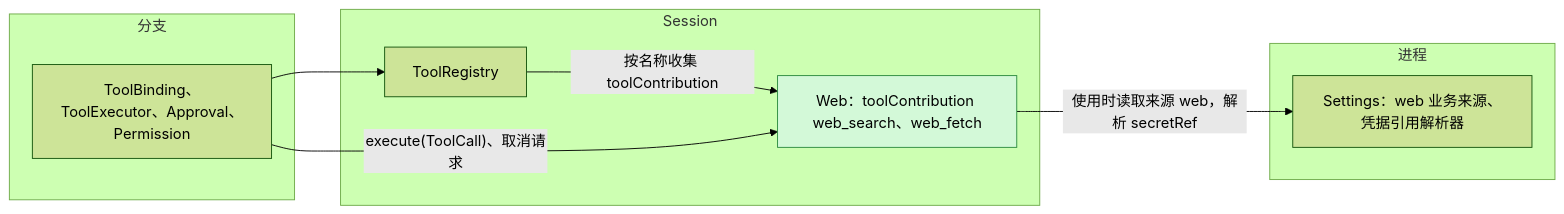
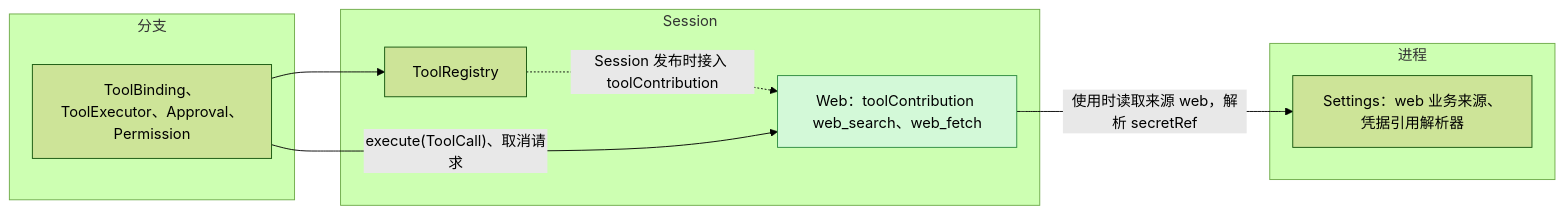
The first of 5 diagrams in docs/zh/design/plugins/Web.md (CoutinhoTTS/dim-agent), drawn with Mermaid (forest theme) before and after one commit. The commit also changed other lines of this file and 1 other file, not shown here.

Commit message:
docs(web): a Web reload no longer reloads ToolRegistry (C3)

````diff
--- a/docs/zh/design/plugins/Web.md
+++ b/docs/zh/design/plugins/Web.md
@@ -9,18 +9,18 @@
 ```mermaid
 flowchart LR
   subgraph PROC["进程"]
     Settings["Settings：web 业务来源、凭据引用解析器"]
   end
   subgraph SESS["Session"]
     Web["Web：toolContribution web_search、web_fetch"]:::new
     ToolRegistry["ToolRegistry"]
   end
   subgraph BR["分支"]
     Exec["ToolBinding、ToolExecutor、Approval、Permission"]
   end
   Web -->|"使用时读取来源 web，解析 secretRef"| Settings
-  ToolRegistry -->|"按名称收集 toolContribution"| Web
+  ToolRegistry -.->|"Session 发布时接入 toolContribution"| Web
   Exec --> ToolRegistry
   Exec -->|"execute(ToolCall)、取消请求"| Web
   classDef new fill:#d3f9d8,stroke:#2b8a3e,color:#000
 ```
````
